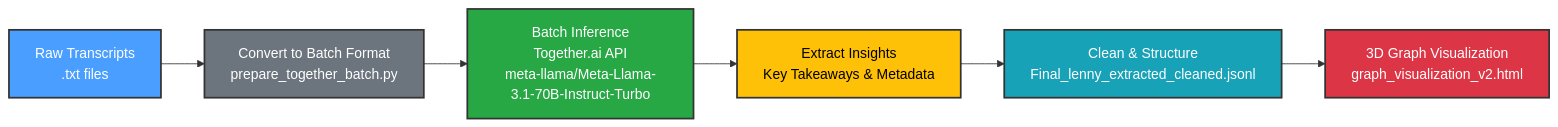
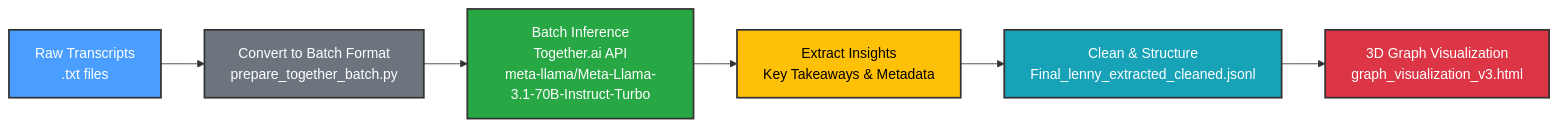
One commit to pavneeta/lenny_graph changed the diagram in README.md. Above: the diagram before and after it, drawn with Mermaid. The commit also changed other lines of this file and 2 other files, not shown here.

````diff
--- a/README.md
+++ b/README.md
@@ -51,15 +55,15 @@
 ```mermaid
 flowchart LR
     A[Raw Transcripts<br/>.txt files] --> B[Convert to Batch Format<br/>prepare_together_batch.py]
     B --> C[Batch Inference<br/>Together.ai API<br/>meta-llama/Meta-Llama-3.1-70B-Instruct-Turbo]
     C --> D[Extract Insights<br/>Key Takeaways & Metadata]
     D --> E[Clean & Structure<br/>Final_lenny_extracted_cleaned.jsonl]
-    E --> F[3D Graph Visualization<br/>graph_visualization_v2.html]
+    E --> F[3D Graph Visualization<br/>graph_visualization_v3.html]
     
     style A fill:#4a9eff,stroke:#333,stroke-width:2px,color:#fff
     style B fill:#6c757d,stroke:#333,stroke-width:2px,color:#fff
     style C fill:#28a745,stroke:#333,stroke-width:2px,color:#fff
     style D fill:#ffc107,stroke:#333,stroke-width:2px,color:#000
     style E fill:#17a2b8,stroke:#333,stroke-width:2px,color:#fff
     style F fill:#dc3545,stroke:#333,stroke-width:2px,color:#fff
 ```
````
